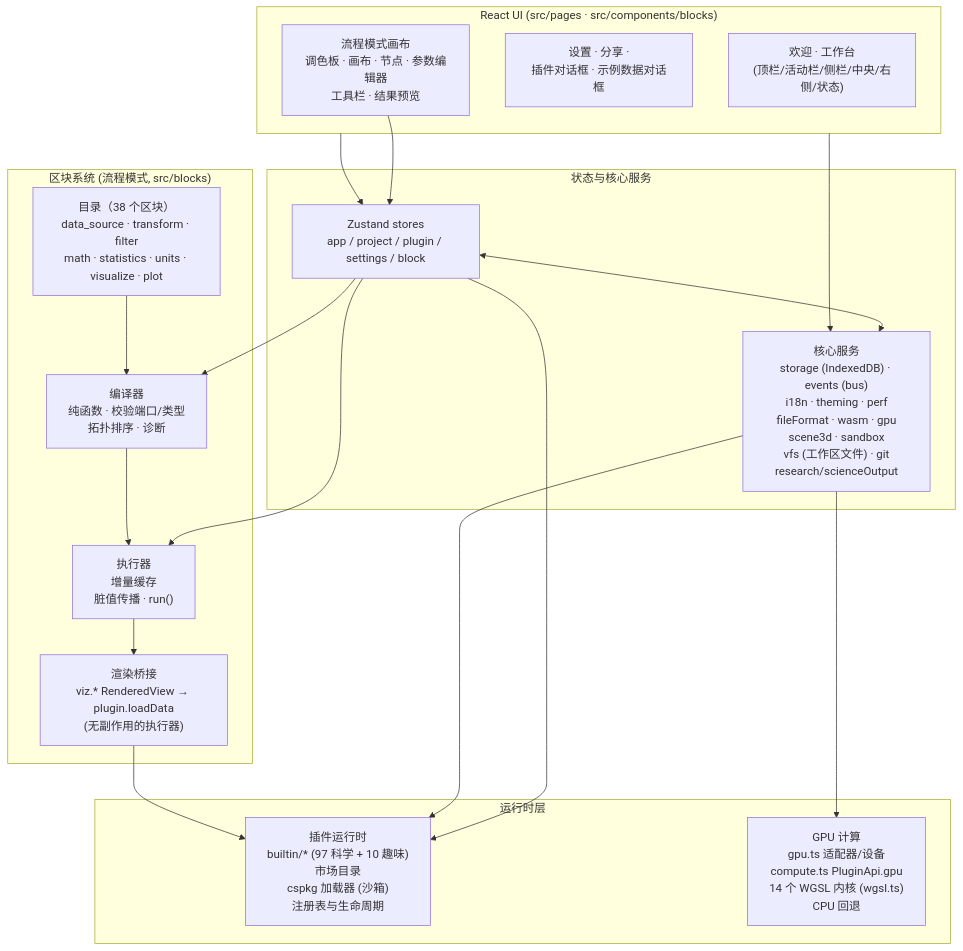
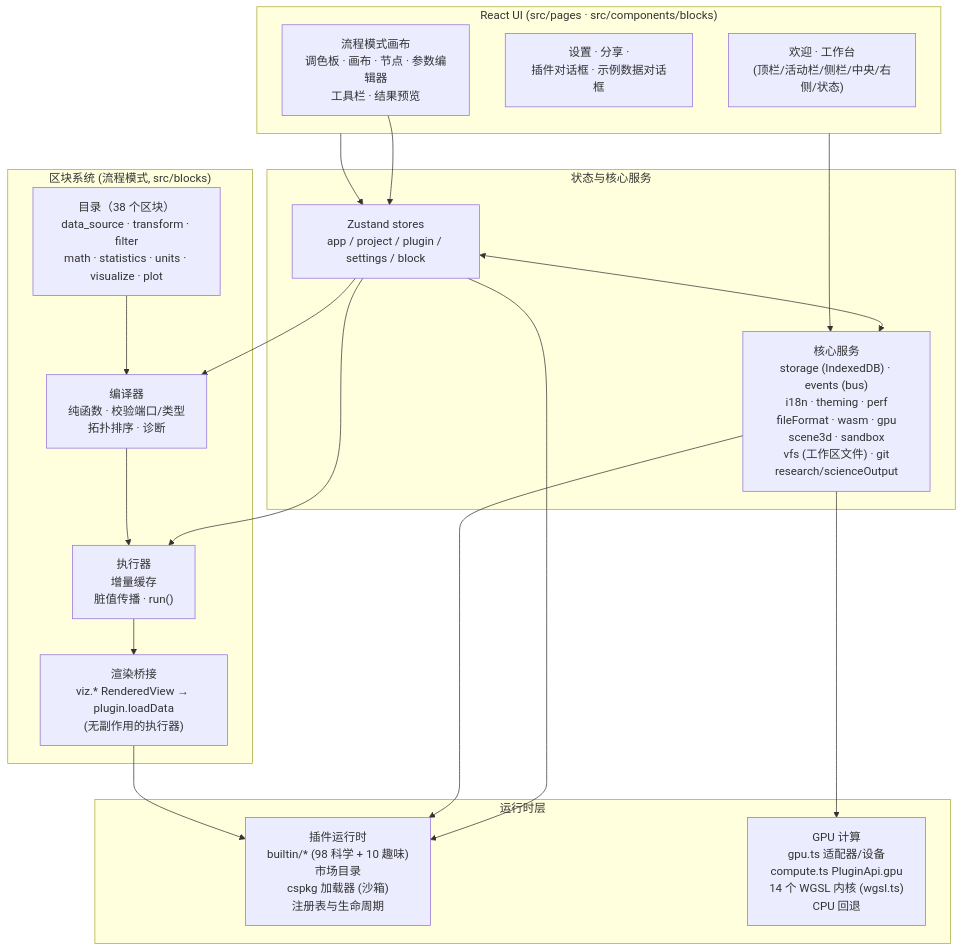
Before and after one commit to SnowLeopard-io/ErgalicsStudio: the diagram in README.zh-CN.md, drawn with Mermaid. The commit also changed other lines of this file and 2 other files, not shown here.

````diff
--- a/README.zh-CN.md
+++ b/README.zh-CN.md
@@ -171,39 +172,39 @@
 ```mermaid
 flowchart TB
     subgraph UI["React UI (src/pages · src/components/blocks)"]
         A1["欢迎 · 工作台<br/>(顶栏/活动栏/侧栏/中央/右侧/状态)"]
         A2["设置 · 分享 ·<br/>插件对话框 · 示例数据对话框"]
         A3["流程模式画布<br/>调色板 · 画布 · 节点 · 参数编辑器<br/>工具栏 · 结果预览"]
     end
 
     subgraph State["状态与核心服务"]
         B1["Zustand stores<br/>app / project / plugin / settings / block"]
         B2["核心服务<br/>storage (IndexedDB) · events (bus)<br/>i18n · theming · perf<br/>fileFormat · wasm · gpu<br/>scene3d · sandbox<br/>vfs (工作区文件) · git<br/>research/scienceOutput"]
     end
 
     subgraph Blocks["区块系统 (流程模式, src/blocks)"]
         D1["目录（38 个区块）<br/>data_source · transform · filter<br/>math · statistics · units · visualize · plot"]
         D2["编译器<br/>纯函数 · 校验端口/类型<br/>拓扑排序 · 诊断"]
         D3["执行器<br/>增量缓存<br/>脏值传播 · run()"]
         D4["渲染桥接<br/>viz.* RenderedView → plugin.loadData<br/>(无副作用的执行器)"]
     end
 
     subgraph Runtime["运行时层"]
-        C1["插件运行时<br/>builtin/* (97 科学 + 10 趣味)<br/>市场目录<br/>cspkg 加载器 (沙箱)<br/>注册表与生命周期"]
+        C1["插件运行时<br/>builtin/* (98 科学 + 10 趣味)<br/>市场目录<br/>cspkg 加载器 (沙箱)<br/>注册表与生命周期"]
         C2["GPU 计算<br/>gpu.ts 适配器/设备<br/>compute.ts PluginApi.gpu<br/>14 个 WGSL 内核 (wgsl.ts)<br/>CPU 回退"]
     end
 
     UI --> B1
     UI --> B2
     B1 <--> B2
     B1 --> C1
     B2 --> C1
     B2 --> C2
     A3 --> B1
     B1 --> D2
     B1 --> D3
     D2 --> D3
     D1 --> D2
     D3 --> D4
     D4 --> C1
 ```
````
